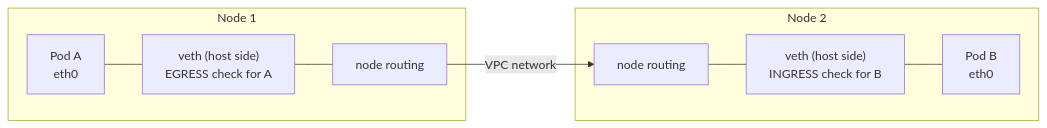
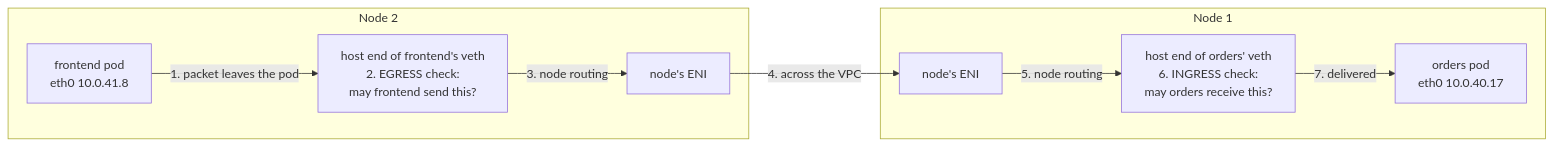
One commit to harisheoran/harisheoran.github.io changed the seventh of 22 diagrams in content/engineering/network/eks-network-policies/index.md. Above: the diagram before and after it, drawn with Mermaid. The commit also changed other lines of this file, not shown here.

````diff
--- a/content/engineering/network/eks-network-policies/index.md
+++ b/content/engineering/network/eks-network-policies/index.md
@@ -324,12 +370,12 @@
 ```mermaid
 flowchart LR
+    subgraph N2["Node 2"]
+        FE["frontend pod<br/>eth0 10.0.41.8"] -->|"1. packet leaves the pod"| VF["host end of frontend's veth<br/>2. EGRESS check:<br/>may frontend send this?"]
+        VF -->|"3. node routing"| X2["node's ENI"]
+    end
     subgraph N1["Node 1"]
-        PA["Pod A<br/>eth0"] --- VA["veth (host side)<br/>EGRESS check for A"]
-        VA --- R1["node routing"]
+        X1["node's ENI"] -->|"5. node routing"| VO["host end of orders' veth<br/>6. INGRESS check:<br/>may orders receive this?"]
+        VO -->|"7. delivered"| OR["orders pod<br/>eth0 10.0.40.17"]
     end
-    subgraph N2["Node 2"]
-        R2["node routing"] --- VB["veth (host side)<br/>INGRESS check for B"]
-        VB --- PB["Pod B<br/>eth0"]
-    end
-    R1 -->|"VPC network"| R2
+    X2 -->|"4. across the VPC"| X1
 ```
````
